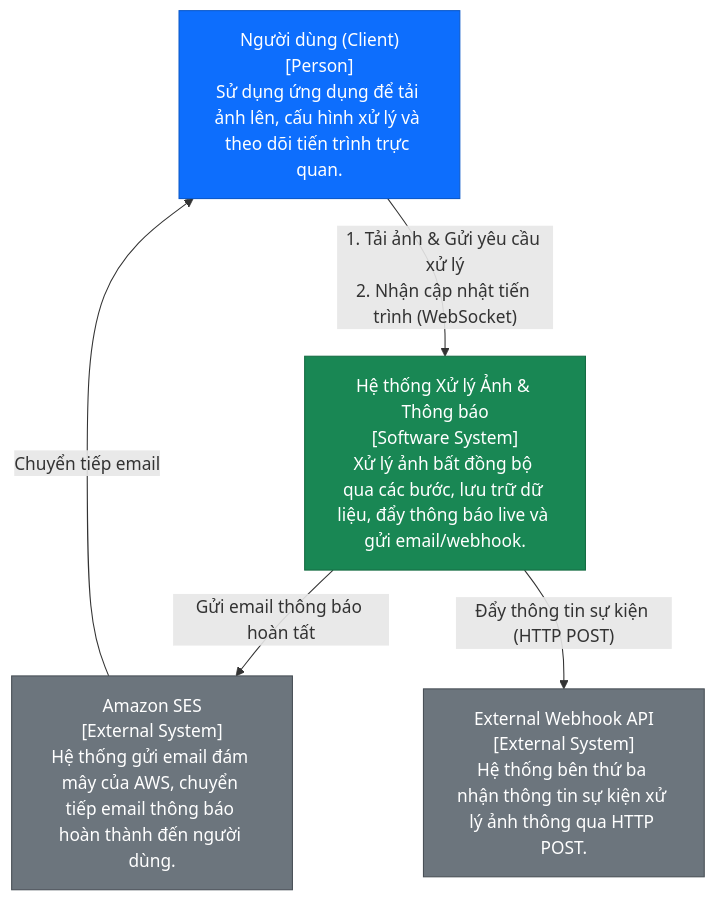
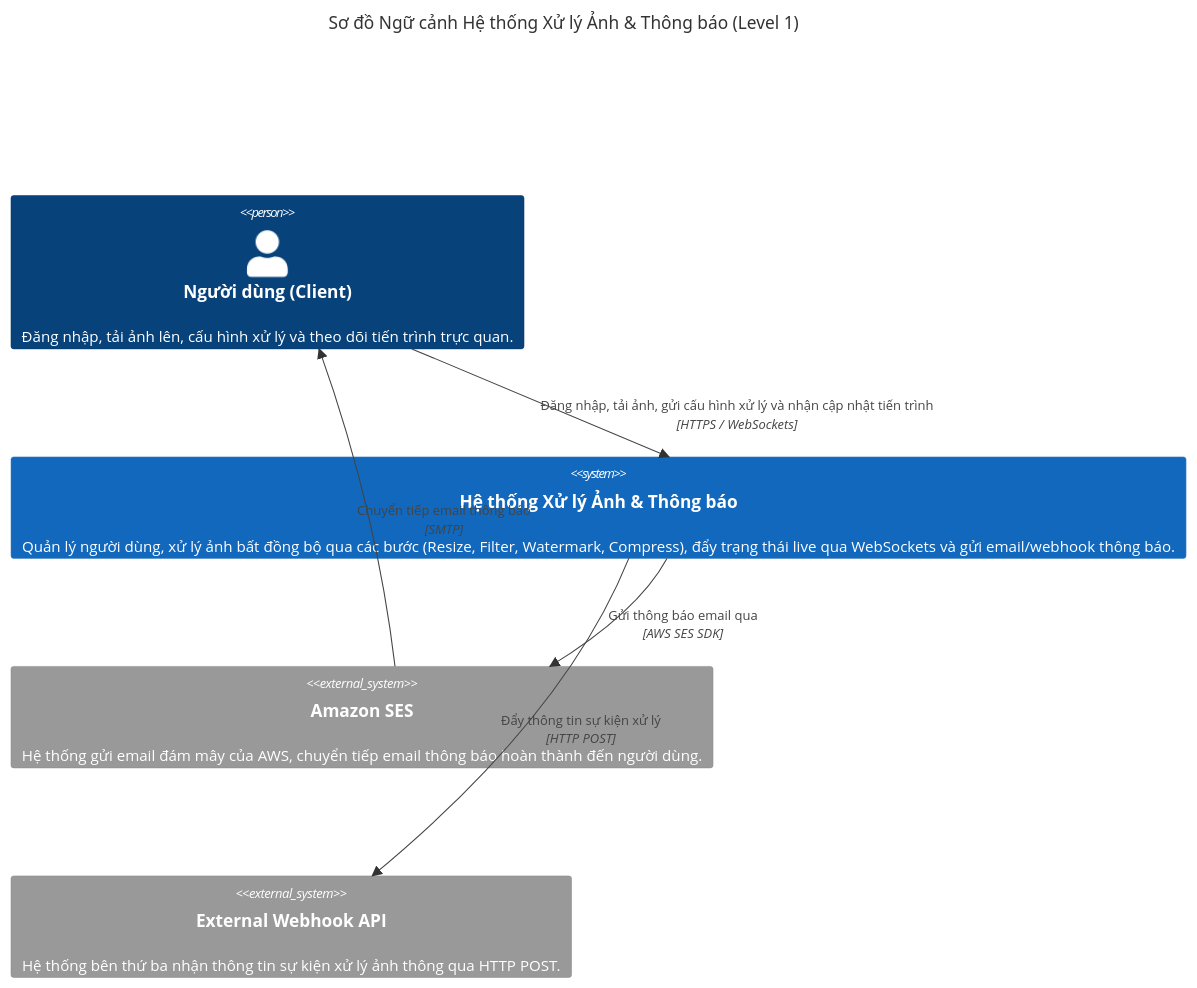
The first of 5 diagrams in c4_model.md (Hungzazed/ImageProcessing), drawn with Mermaid before and after one commit. The commit also changed other lines of this file, not shown here.

Commit message:
docs: update c4_model architecture diagrams and component descriptions

````diff
--- a/c4_model.md
+++ b/c4_model.md
@@ -11,23 +11,17 @@
 ```mermaid
-graph TB
-    %% Nodes
-    User["Người dùng (Client)<br>[Person]<br>Sử dụng ứng dụng để tải ảnh lên, cấu hình xử lý và theo dõi tiến trình trực quan."]
+C4Context
+    title Sơ đồ Ngữ cảnh Hệ thống Xử lý Ảnh & Thông báo (Level 1)
     
-    System["Hệ thống Xử lý Ảnh & Thông báo<br>[Software System]<br>Xử lý ảnh bất đồng bộ qua các bước, lưu trữ dữ liệu, đẩy thông báo live và gửi email/webhook."]
+    Person(user, "Người dùng (Client)", "Đăng nhập, tải ảnh lên, cấu hình xử lý và theo dõi tiến trình trực quan.")
     
-    SES["Amazon SES<br>[External System]<br>Hệ thống gửi email đám mây của AWS, chuyển tiếp email thông báo hoàn thành đến người dùng."]
+    System(system, "Hệ thống Xử lý Ảnh & Thông báo", "Quản lý người dùng, xử lý ảnh bất đồng bộ qua các bước (Resize, Filter, Watermark, Compress), đẩy trạng thái live qua WebSockets và gửi email/webhook thông báo.")
     
-    Webhook["External Webhook API<br>[External System]<br>Hệ thống bên thứ ba nhận thông tin sự kiện xử lý ảnh thông qua HTTP POST."]
+    System_Ext(ses, "Amazon SES", "Hệ thống gửi email đám mây của AWS, chuyển tiếp email thông báo hoàn thành đến người dùng.")
+    
+    System_Ext(webhook, "External Webhook API", "Hệ thống bên thứ ba nhận thông tin sự kiện xử lý ảnh thông qua HTTP POST.")
 
-    %% Relationships
-    User -->|"1. Tải ảnh & Gửi yêu cầu xử lý<br>2. Nhận cập nhật tiến trình (WebSocket)"| System
-    System -->|"Gửi email thông báo hoàn tất"| SES
-    SES -->|"Chuyển tiếp email"| User
-    System -->|"Đẩy thông tin sự kiện (HTTP POST)"| Webhook
-
-    %% Styling
-    style User fill:#0d6efd,stroke:#0a58ca,color:#fff
-    style System fill:#198754,stroke:#146c43,color:#fff
-    style SES fill:#6c757d,stroke:#495057,color:#fff
-    style Webhook fill:#6c757d,stroke:#495057,color:#fff
+    Rel(user, system, "Đăng nhập, tải ảnh, gửi cấu hình xử lý và nhận cập nhật tiến trình", "HTTPS / WebSockets")
+    Rel(system, ses, "Gửi thông báo email qua", "AWS SES SDK")
+    Rel(ses, user, "Chuyển tiếp email thông báo", "SMTP")
+    Rel(system, webhook, "Đẩy thông tin sự kiện xử lý", "HTTP POST")
 ```
````
